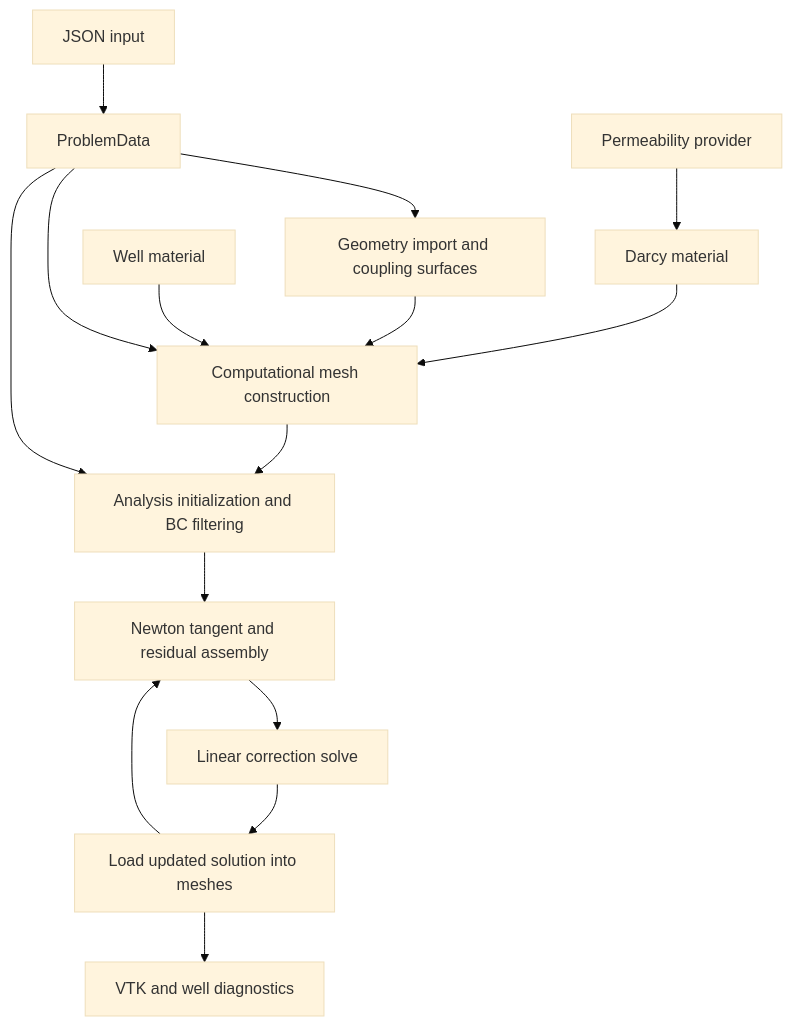
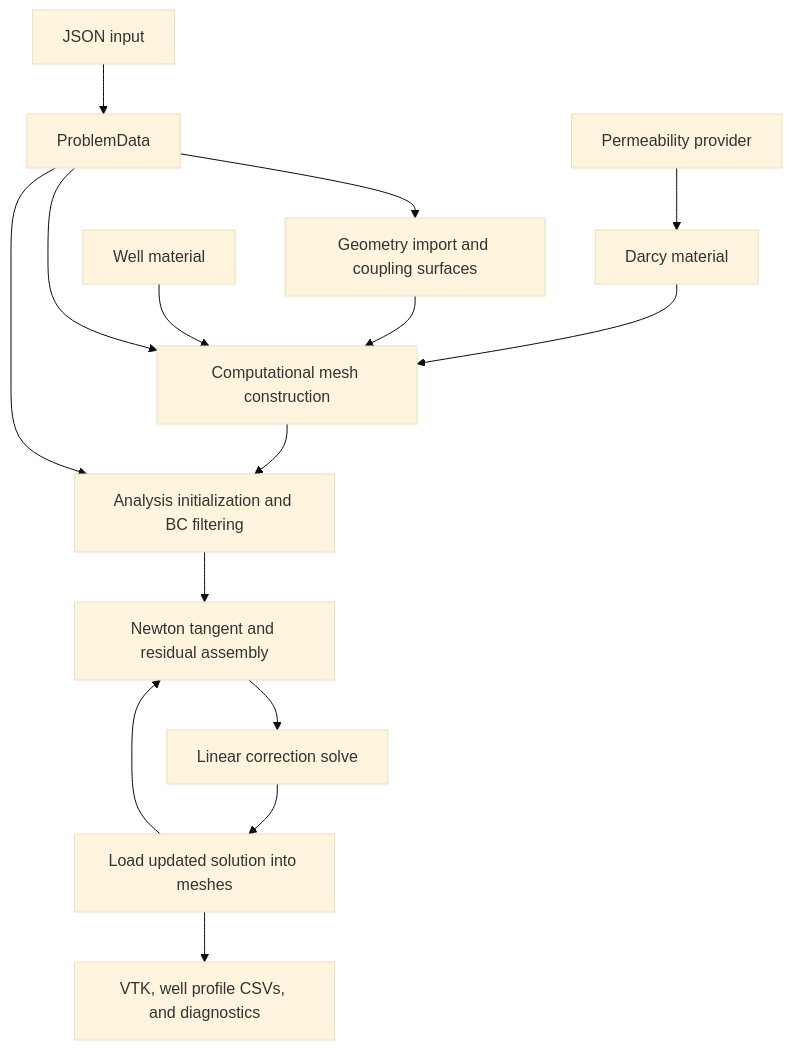
The diagram in docs/architecture.md (labmec/wann), drawn with Mermaid (base theme) before and after one commit. The commit also changed other lines of this file and 10 other files, not shown here.

````diff
--- a/docs/architecture.md
+++ b/docs/architecture.md
@@ -29,17 +29,17 @@
 ```mermaid
 flowchart TD
     J[JSON input] --> P[ProblemData]
     P --> G[Geometry import and coupling surfaces]
     G --> C[Computational mesh construction]
     P --> C
     K[Permeability provider] --> D[Darcy material]
     D --> C
     W[Well material] --> C
     C --> A[Analysis initialization and BC filtering]
     P --> A
     A --> N[Newton tangent and residual assembly]
     N --> S[Linear correction solve]
     S --> U[Load updated solution into meshes]
     U --> N
-    U --> O[VTK and well diagnostics]
+    U --> O[VTK, well profile CSVs, and diagnostics]
 ```
````
